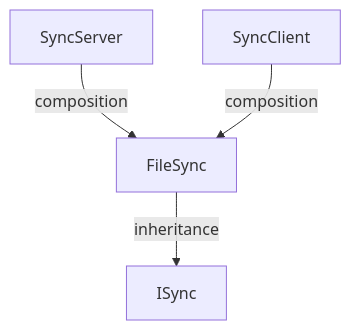
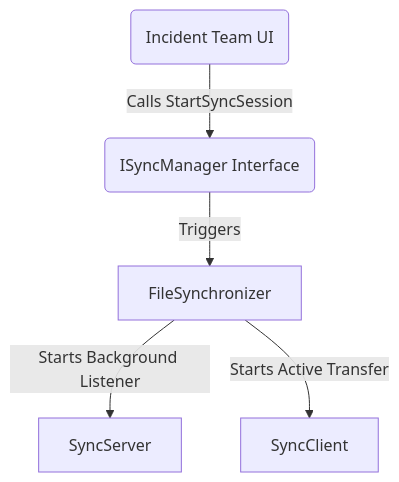
Before and after one commit to DheerajRamKalava/SWE-Project: the diagram in docs/FileSync/specification.md, drawn with Mermaid. The commit also changed other lines of this file, not shown here.

Commit message:
resolve merge conflict and update class diagram in spec

````diff
--- a/docs/FileSync/specification.md
+++ b/docs/FileSync/specification.md
@@ -20,6 +20,7 @@
 ```mermaid
 graph TD
-    FileSync -->|inheritance| ISync
-    SyncServer -->|composition| FileSync
-    SyncClient -->|composition| FileSync
+    UI(Incident Team UI) -->|Calls StartSyncSession| ISync(ISyncManager Interface)
+    ISync -->|Triggers| Boss[FileSynchronizer]
+    Boss -->|Starts Background Listener| Server[SyncServer]
+    Boss -->|Starts Active Transfer| Client[SyncClient]
 ```
````
